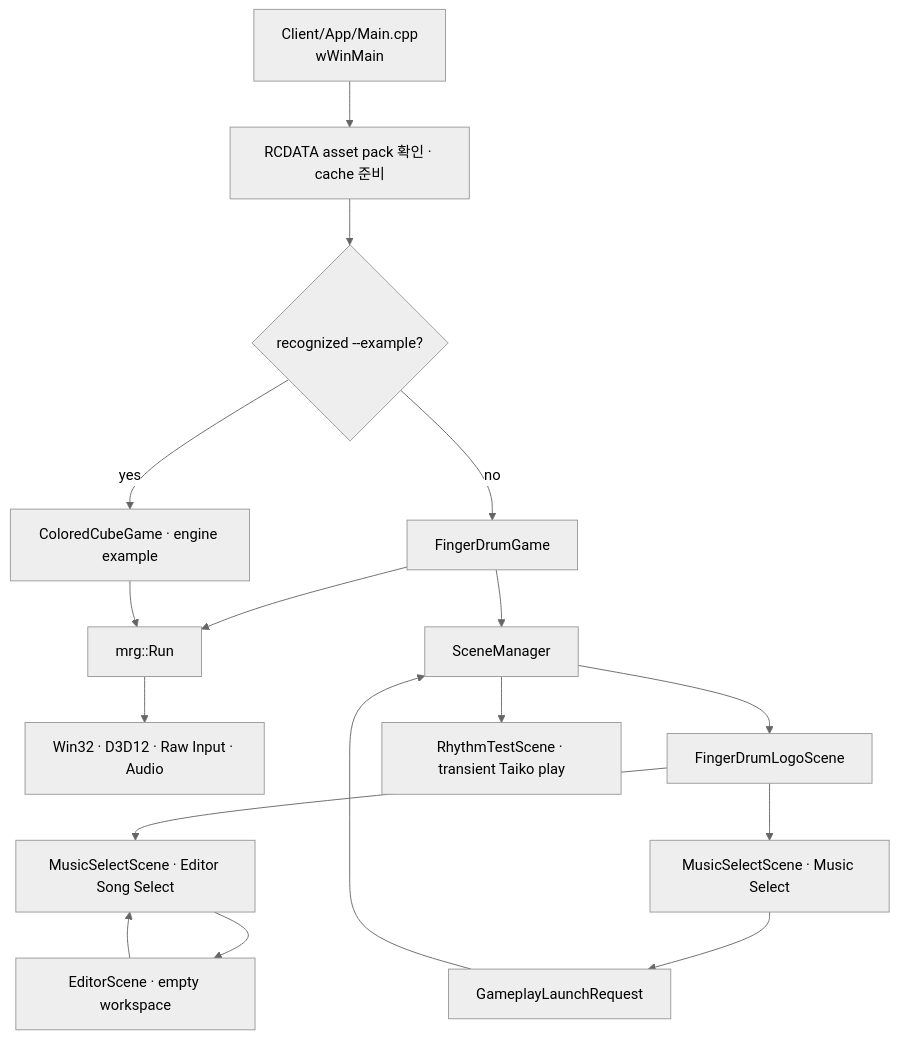
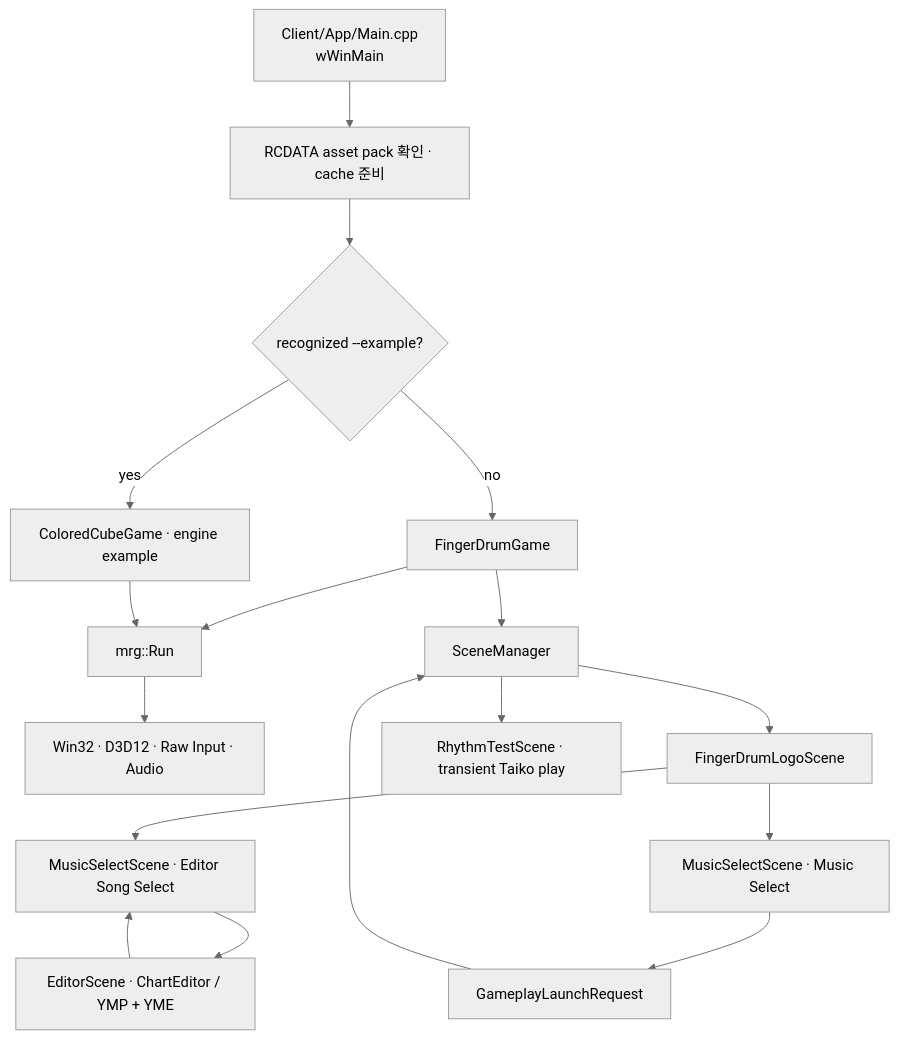
Before and after one commit to 4dblackhole/MyRhythmGame-Client: the diagram in Docs/ExecutionFlow.md, drawn with Mermaid (neutral theme). The commit also changed other lines of this file and 38 other files, not shown here.

Commit message:
Implement chart editor and indexed hit sound automation

````diff
--- a/Docs/ExecutionFlow.md
+++ b/Docs/ExecutionFlow.md
@@ -6,19 +6,19 @@
 ```mermaid
 flowchart TD
     Entry["Client/App/Main.cpp\nwWinMain"] --> Assets["RCDATA asset pack 확인 · cache 준비"]
     Assets --> Route{"recognized --example?"}
     Route -->|"no"| Game["FingerDrumGame"]
     Route -->|"yes"| Example["ColoredCubeGame · engine example"]
     Game --> Run["mrg::Run"]
     Example --> Run
     Run --> Systems["Win32 · D3D12 · Raw Input · Audio"]
     Game --> Manager["SceneManager"]
     Manager --> Logo["FingerDrumLogoScene"]
     Logo --> Lobby["MusicSelectScene · Music Select"]
     Logo --> EditorSelect["MusicSelectScene · Editor Song Select"]
-    EditorSelect --> Editor["EditorScene · empty workspace"]
+    EditorSelect --> Editor["EditorScene · ChartEditor / YMP + YME"]
     Editor --> EditorSelect
     Lobby --> Request["GameplayLaunchRequest"]
     Request --> Manager
     Manager --> Test["RhythmTestScene · transient Taiko play"]
 ```
````
